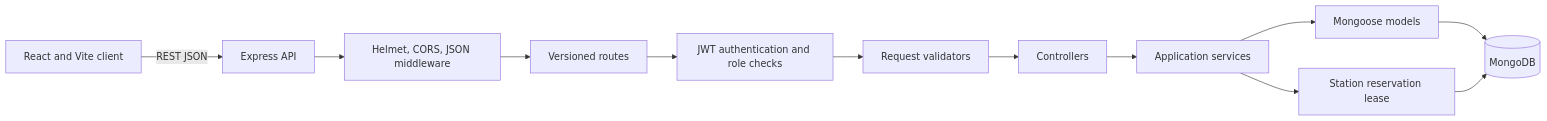
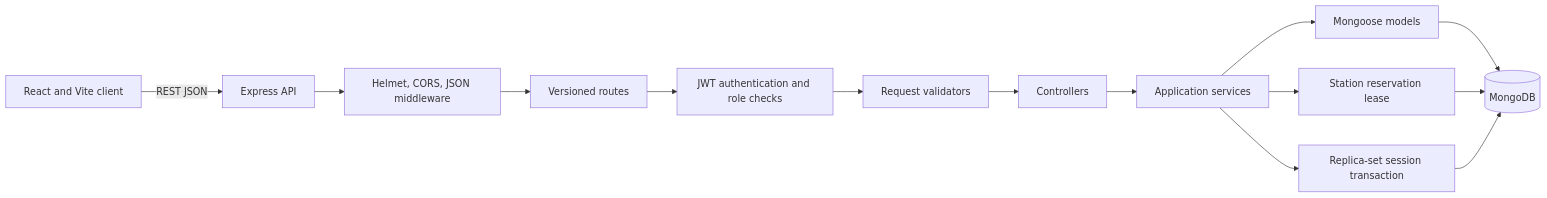
The diagram in docs/architecture.md (GauravYadav9467/Slot-booking), drawn with Mermaid before and after one commit. The commit also changed other lines of this file and 18 other files, not shown here.

````diff
--- a/docs/architecture.md
+++ b/docs/architecture.md
@@ -11,14 +11,16 @@
 ```mermaid
 flowchart LR
   Browser[React and Vite client] -->|REST JSON| API[Express API]
   API --> Security[Helmet, CORS, JSON middleware]
   Security --> Routes[Versioned routes]
   Routes --> Auth[JWT authentication and role checks]
   Auth --> Validate[Request validators]
   Validate --> Controllers[Controllers]
   Controllers --> Services[Application services]
   Services --> Models[Mongoose models]
   Services --> Lease[Station reservation lease]
+  Services --> Txn[Replica-set session transaction]
   Models --> Mongo[(MongoDB)]
   Lease --> Mongo
+  Txn --> Mongo
 ```
````
